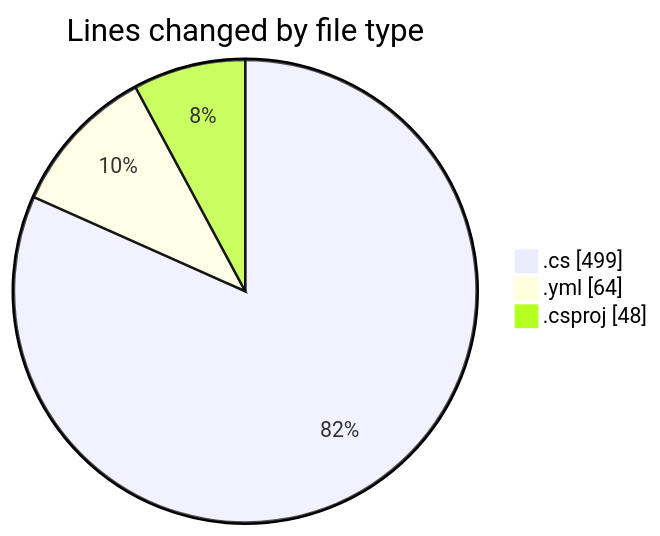
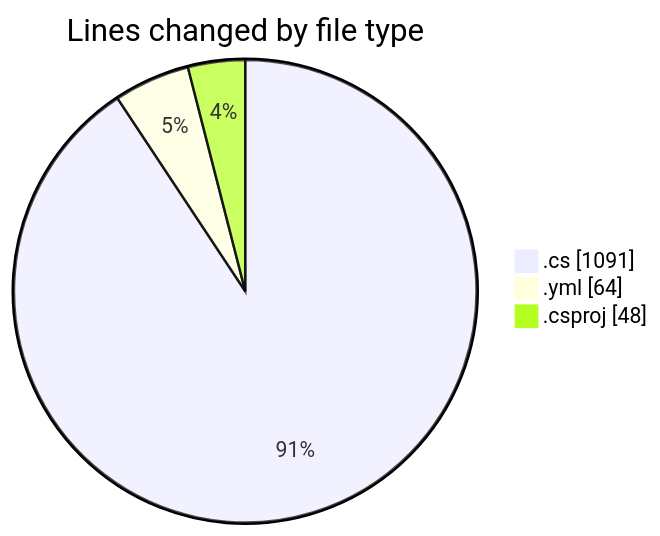
One commit to Netris89/code-tracking changed the first of 2 diagrams in 2025-04-29/back-end/README.md. Above: the diagram before and after it, drawn with Mermaid. The commit also changed other lines of this file and 1 other file, not shown here.

````diff
--- a/2025-04-29/back-end/README.md
+++ b/2025-04-29/back-end/README.md
@@ -26,7 +27,7 @@
 ```mermaid
 pie showData
 title Lines changed by file type
-".cs" : 499
+".cs" : 1091
 ".yml" : 64
 ".csproj" : 48
 ```
````
